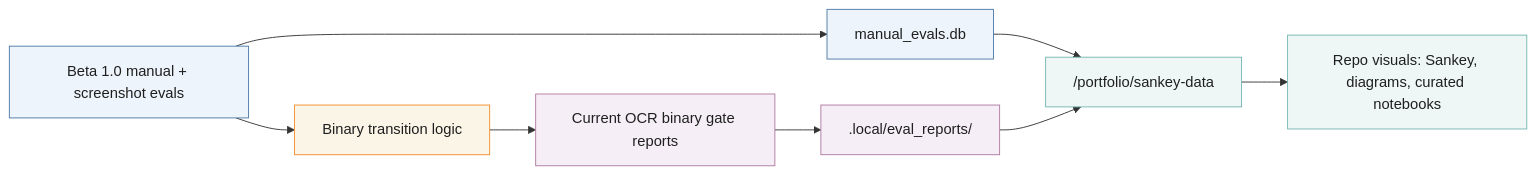
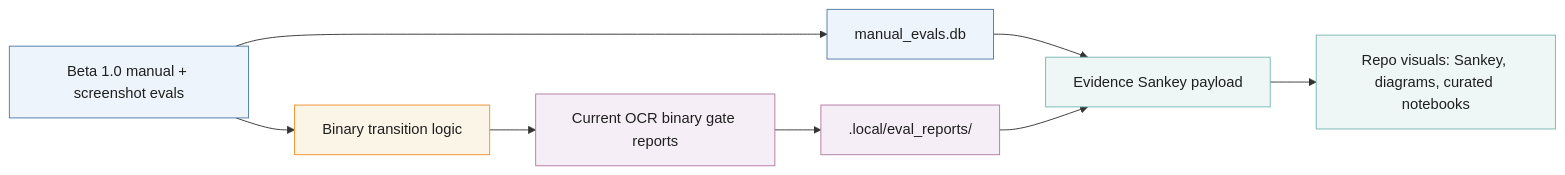
The seventh of 7 diagrams in docs/public/DIAGRAMS.md (tryskian/polinko), drawn with Mermaid before and after one commit. The commit also changed other lines of this file and 12 other files, not shown here.

````diff
--- a/docs/public/DIAGRAMS.md
+++ b/docs/public/DIAGRAMS.md
@@ -197,21 +197,21 @@
 ```mermaid
 flowchart LR
   B1["Beta 1.0 manual + screenshot evals"] --> X["Binary transition logic"]
   X --> B2["Current OCR binary gate reports"]
 
   B1 --> W["manual_evals.db"]
   B2 --> R[".local/eval_reports/"]
-  W --> P["/portfolio/sankey-data"]
+  W --> P["Evidence Sankey payload"]
   R --> P
   P --> V["Repo visuals: Sankey, diagrams, curated notebooks"]
 
   classDef legacy fill:#EEF4FB,stroke:#4E79A7,color:#1F1F1F;
   classDef bridge fill:#FBF5E8,stroke:#F28E2B,color:#1F1F1F;
   classDef current fill:#F6EEF7,stroke:#B07AA1,color:#1F1F1F;
   classDef evidence fill:#EEF7F6,stroke:#76B7B2,color:#1F1F1F;
 
   class B1,W legacy;
   class X bridge;
   class B2,R current;
   class P,V evidence;
 ```
````
